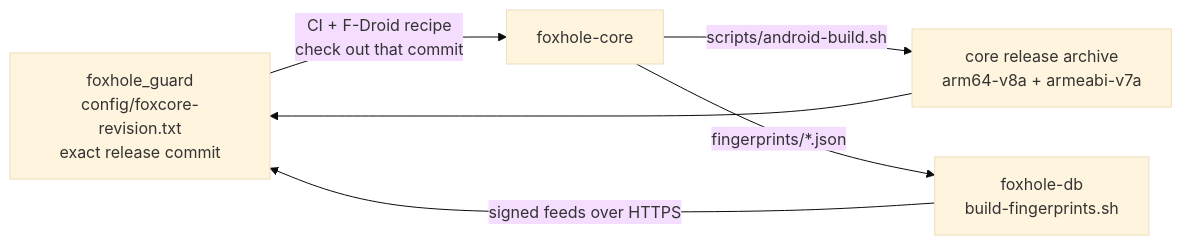
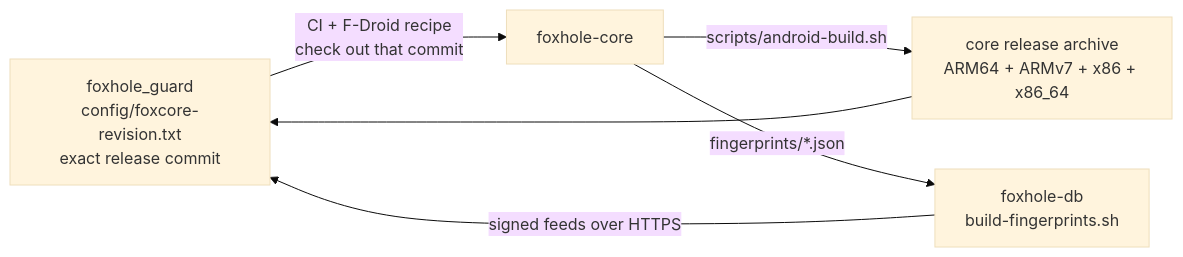
One commit to foxhole-team/foxhole-core changed the second of 2 diagrams in docs/architecture/README.md. Above: the diagram before and after it, drawn with Mermaid (base theme). The commit also changed other lines of this file and 1788 other files, not shown here.

Commit message:
Release FoxHole Core 1.0.0

````diff
--- a/docs/architecture/README.md
+++ b/docs/architecture/README.md
@@ -56,8 +62,8 @@
 ```mermaid
 flowchart LR
     A["foxhole_guard<br/>config/foxcore-revision.txt<br/>exact release commit"] -->|"CI + F-Droid recipe<br/>check out that commit"| B["foxhole-core"]
-    B -->|"scripts/android-build.sh"| C["core release archive<br/>arm64-v8a + armeabi-v7a"]
+    B -->|"scripts/android-build.sh"| C["core release archive<br/>ARM64 + ARMv7 + x86 + x86_64"]
     C --> A
     B -->|"fingerprints/*.json"| D["foxhole-db<br/>build-fingerprints.sh"]
     D -->|"signed feeds over HTTPS"| A
 ```
````
